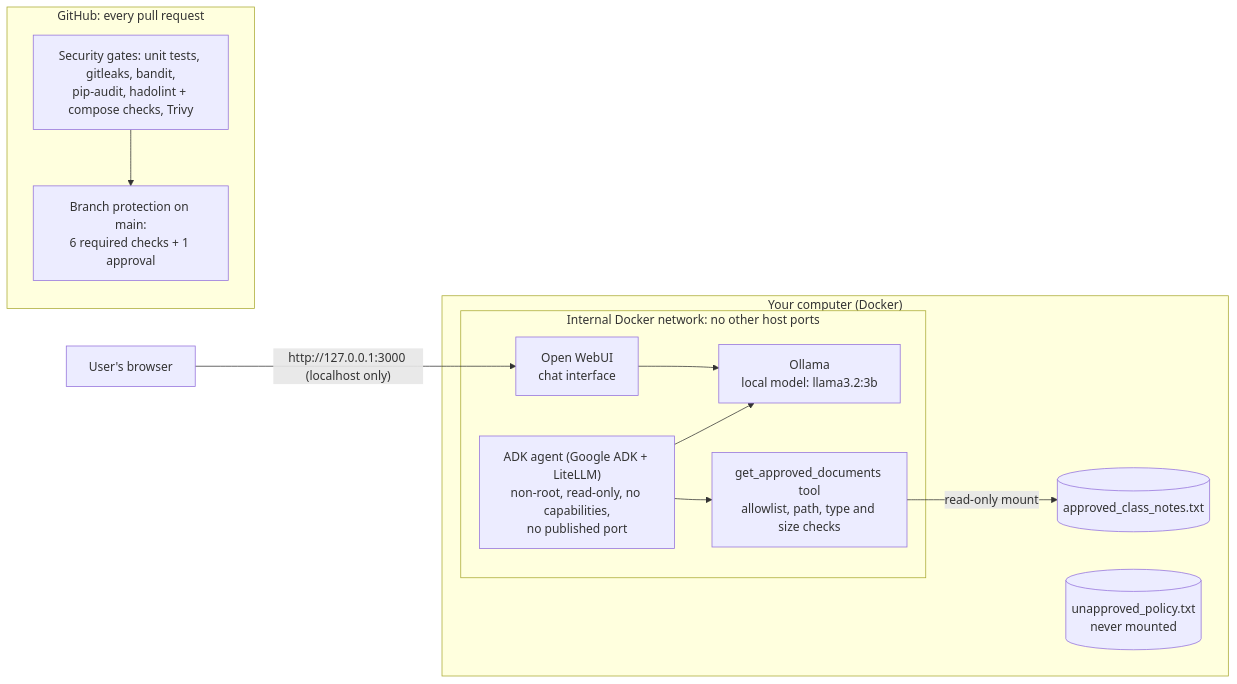
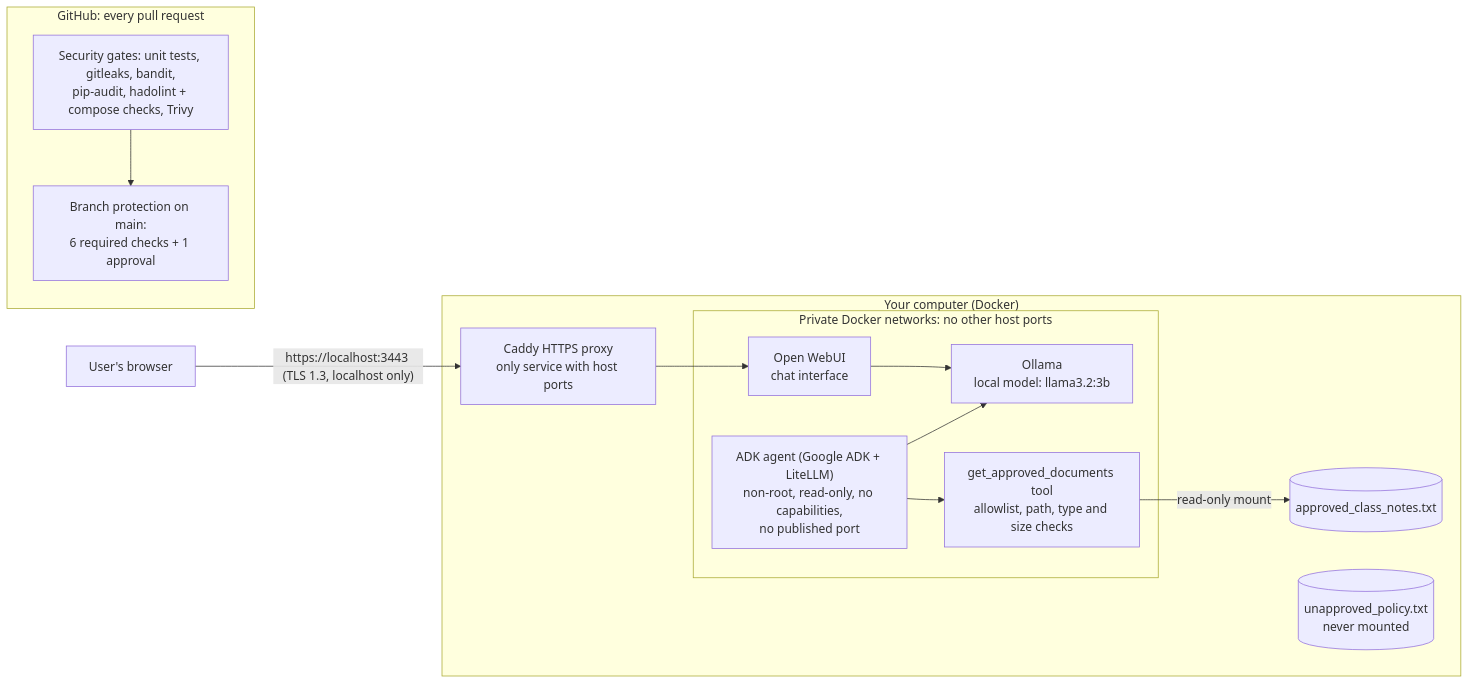
The diagram in README.md (sophilyn/csec2300_G--ForceX), drawn with Mermaid before and after one commit. The commit also changed other lines of this file and 11 other files, not shown here.

First line of the commit message:
Control 6: HTTPS proxy, required secret key, and RA-003

````diff
--- a/README.md
+++ b/README.md
@@ -11,18 +11,19 @@
 ```mermaid
 flowchart LR
-    User["User's browser"] -->|"http://127.0.0.1:3000 (localhost only)"| WebUI
+    User["User's browser"] -->|"https://localhost:3443 (TLS 1.3, localhost only)"| Proxy
 
     subgraph Host["Your computer (Docker)"]
-        subgraph Net["Internal Docker network: no other host ports"]
+        Proxy["Caddy HTTPS proxy<br/>only service with host ports"] --> WebUI
+        subgraph Net["Private Docker networks: no other host ports"]
             WebUI["Open WebUI<br/>chat interface"] --> Ollama["Ollama<br/>local model: llama3.2:3b"]
             Agent["ADK agent (Google ADK + LiteLLM)<br/>non-root, read-only, no capabilities,<br/>no published port"] --> Ollama
             Agent --> Tool["get_approved_documents tool<br/>allowlist, path, type and size checks"]
         end
         Tool -->|"read-only mount"| Approved[("approved_class_notes.txt")]
         Unapproved[("unapproved_policy.txt<br/>never mounted")]
     end
 
     subgraph GitHub["GitHub: every pull request"]
         CI["Security gates: unit tests, gitleaks, bandit,<br/>pip-audit, hadolint + compose checks, Trivy"] --> Protect["Branch protection on main:<br/>6 required checks + 1 approval"]
     end
 ```
````
